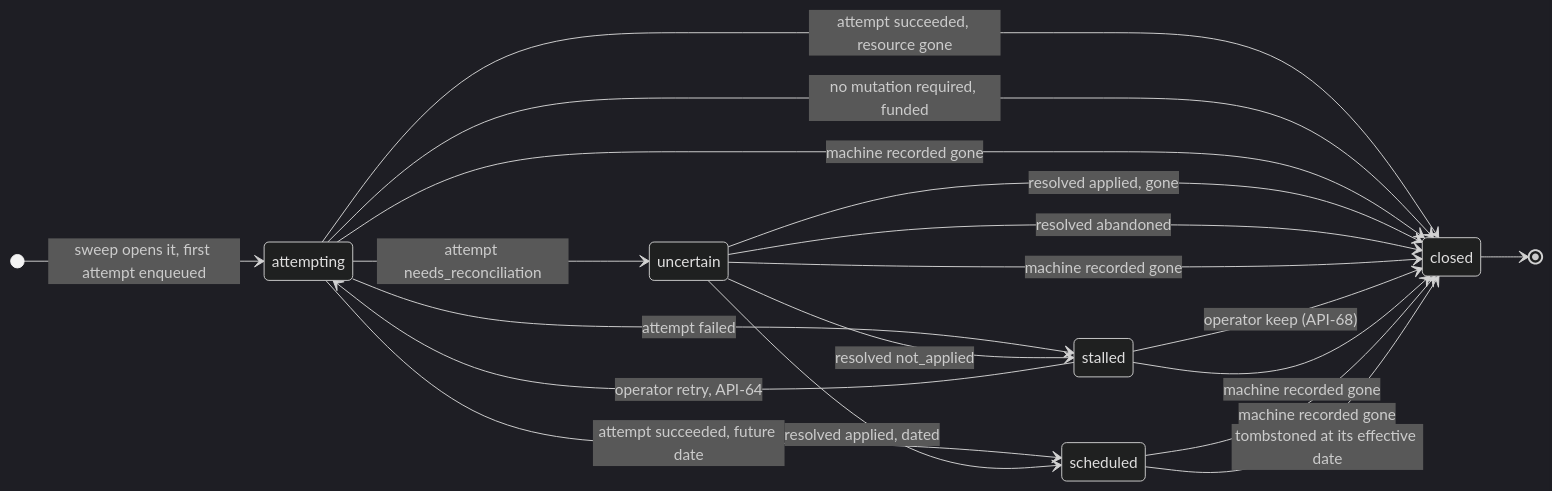
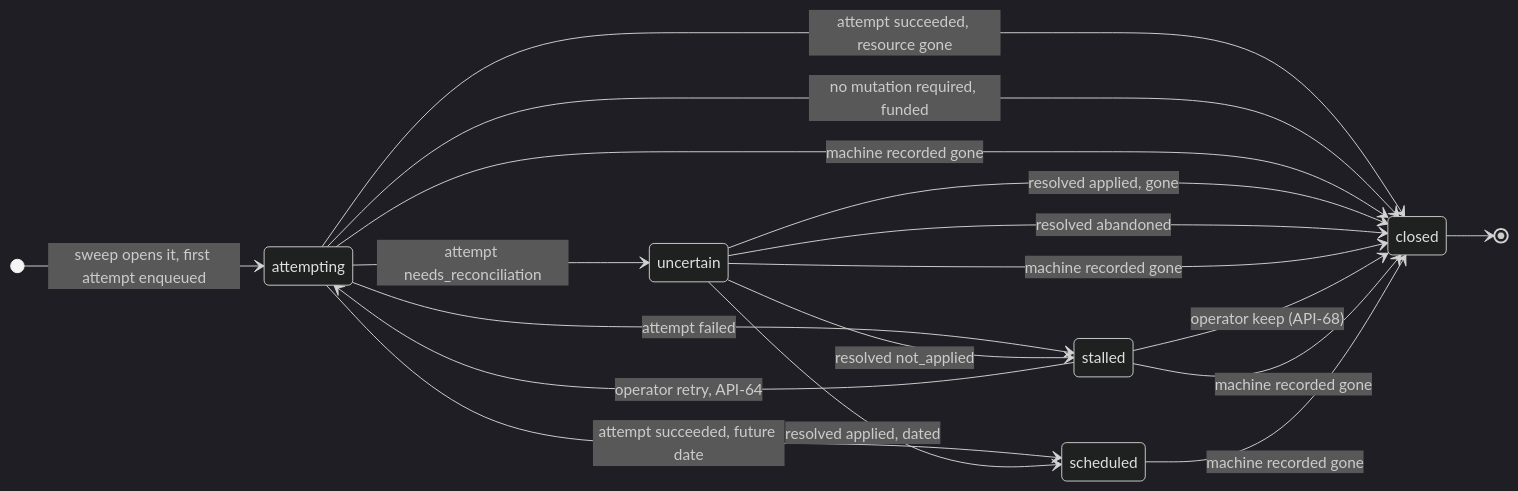
The diagram in 01-domain-model.md (douglaz/provisiond), drawn with Mermaid (dark theme) before and after one commit. The commit also changed other lines of this file and 12 other files, not shown here.

````diff
--- a/01-domain-model.md
+++ b/01-domain-model.md
@@ -225,22 +226,21 @@
 ```mermaid
 stateDiagram-v2
     direction LR
     [*] --> attempting : sweep opens it, first attempt enqueued
     attempting --> closed : attempt succeeded, resource gone
     attempting --> closed : no mutation required, funded
     attempting --> scheduled : attempt succeeded, future date
     attempting --> stalled : attempt failed
     attempting --> uncertain : attempt needs_reconciliation
     attempting --> closed : machine recorded gone
     uncertain --> scheduled : resolved applied, dated
     uncertain --> closed : resolved applied, gone
     uncertain --> stalled : resolved not_applied
     uncertain --> closed : resolved abandoned
     uncertain --> closed : machine recorded gone
     stalled --> attempting : operator retry, API-64
     stalled --> closed : operator keep (API-68)
     stalled --> closed : machine recorded gone
     scheduled --> closed : machine recorded gone
-    scheduled --> closed : tombstoned at its effective date
     closed --> [*]
 ```
````
